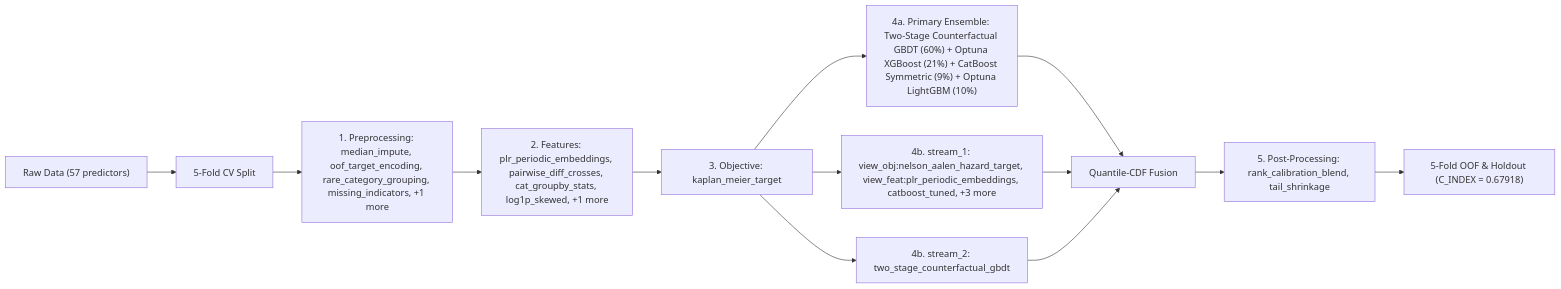
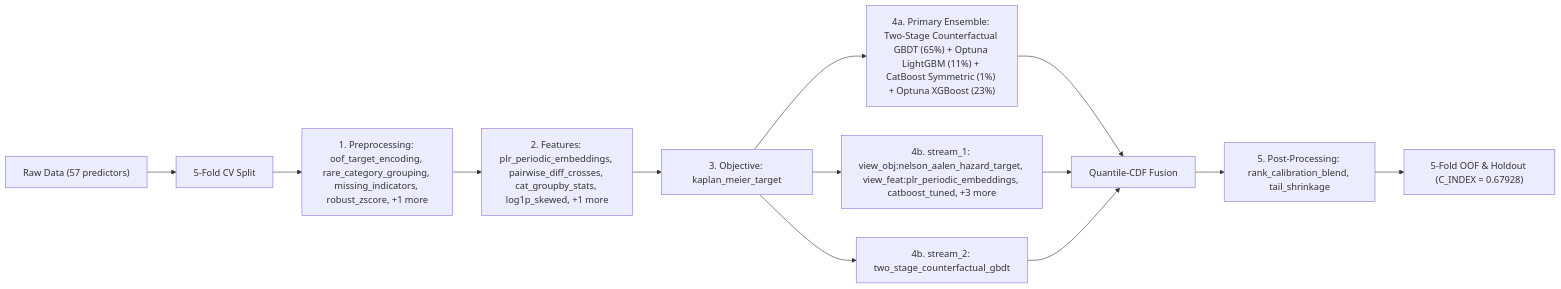
One commit to stefanoclss/CIBMTR-Equity-in-Post-HCT-Survival-Predictions changed the diagram in README.md. Above: the diagram before and after it, drawn with Mermaid. The commit also changed other lines of this file, not shown here.

First line of the commit message:
docs(readme): refresh verified OOF benchmark & build ledger (C_INDEX=0.67928)

````diff
--- a/README.md
+++ b/README.md
@@ -147,15 +148,15 @@
 ```mermaid
 flowchart LR
     DATA["Raw Data (57 predictors)"] --> SPLIT["5-Fold CV Split"]
-    SPLIT --> PRE["1. Preprocessing: median_impute, oof_target_encoding, rare_category_grouping, missing_indicators, +1 more"]
+    SPLIT --> PRE["1. Preprocessing: oof_target_encoding, rare_category_grouping, missing_indicators, robust_zscore, +1 more"]
     PRE --> FEAT["2. Features: plr_periodic_embeddings, pairwise_diff_crosses, cat_groupby_stats, log1p_skewed, +1 more"]
     FEAT --> OBJ["3. Objective: kaplan_meier_target"]
-    OBJ --> M0["4a. Primary Ensemble: Two-Stage Counterfactual GBDT (60%) + Optuna XGBoost (21%) + CatBoost Symmetric (9%) + Optuna LightGBM (10%)"]
+    OBJ --> M0["4a. Primary Ensemble: Two-Stage Counterfactual GBDT (65%) + Optuna LightGBM (11%) + CatBoost Symmetric (1%) + Optuna XGBoost (23%)"]
     M0 --> FUSE["Quantile-CDF Fusion"]
     OBJ --> S1["4b. stream_1: view_obj:nelson_aalen_hazard_target, view_feat:plr_periodic_embeddings, catboost_tuned, +3 more"]
     S1 --> FUSE
     OBJ --> S2["4b. stream_2: two_stage_counterfactual_gbdt"]
     S2 --> FUSE
     FUSE --> POST["5. Post-Processing: rank_calibration_blend, tail_shrinkage"]
-    POST --> OUT["5-Fold OOF & Holdout (C_INDEX = 0.67918)"]
+    POST --> OUT["5-Fold OOF & Holdout (C_INDEX = 0.67928)"]
 ```
````
